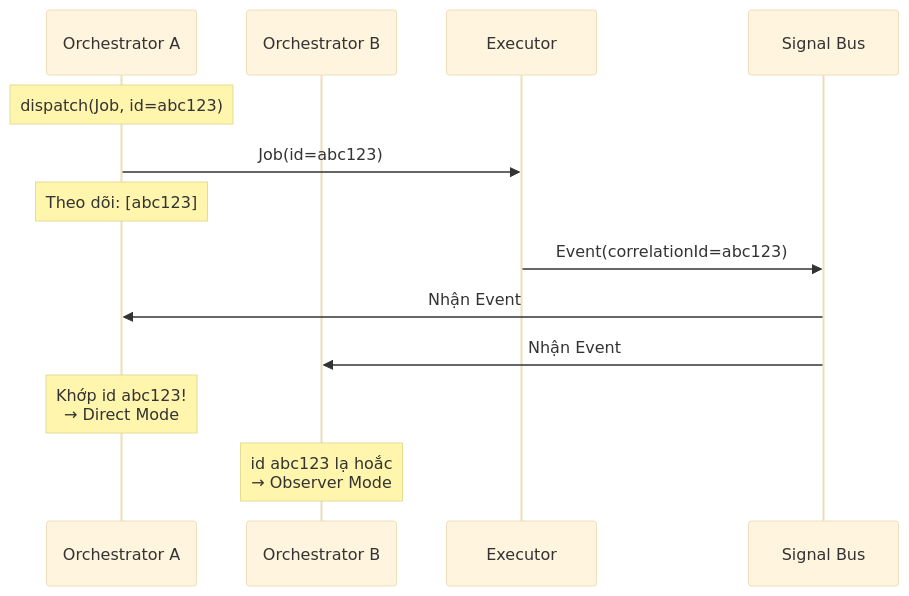
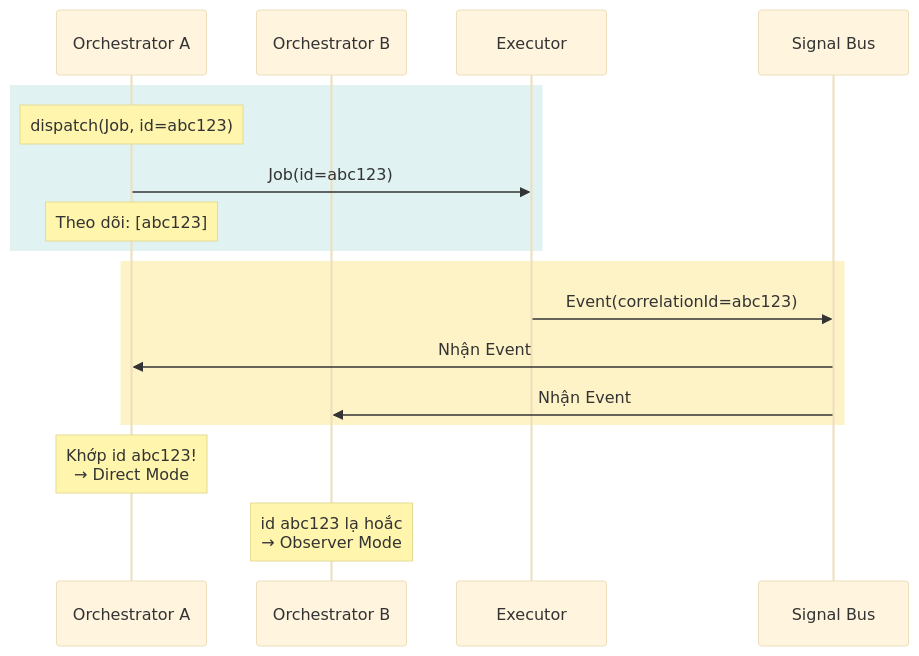
One commit to lploc94/flutter_orchestrator changed the tenth of 11 diagrams in book/vi/chapters/02_architecture_concepts.md. Above: the diagram before and after it, drawn with Mermaid (base theme). The commit also changed other lines of this file and 3 other files, not shown here.

````diff
--- a/book/vi/chapters/02_architecture_concepts.md
+++ b/book/vi/chapters/02_architecture_concepts.md
@@ -273,18 +322,22 @@
 ```mermaid
 sequenceDiagram
     participant Orch as Orchestrator A
     participant Orch2 as Orchestrator B
     participant Exec as Executor
     participant Bus as Signal Bus
     
-    Note over Orch: dispatch(Job, id=abc123)
-    Orch->>Exec: Job(id=abc123)
-    Note over Orch: Theo dõi: [abc123]
+    rect rgb(224, 242, 241)
+        Note over Orch: dispatch(Job, id=abc123)
+        Orch->>Exec: Job(id=abc123)
+        Note over Orch: Theo dõi: [abc123]
+    end
     
-    Exec->>Bus: Event(correlationId=abc123)
-    Bus->>Orch: Nhận Event
-    Bus->>Orch2: Nhận Event
+    rect rgb(254, 243, 199)
+        Exec->>Bus: Event(correlationId=abc123)
+        Bus->>Orch: Nhận Event
+        Bus->>Orch2: Nhận Event
+    end
     
     Note over Orch: Khớp id abc123!<br/>→ Direct Mode
     Note over Orch2: id abc123 lạ hoắc<br/>→ Observer Mode
 ```
````
